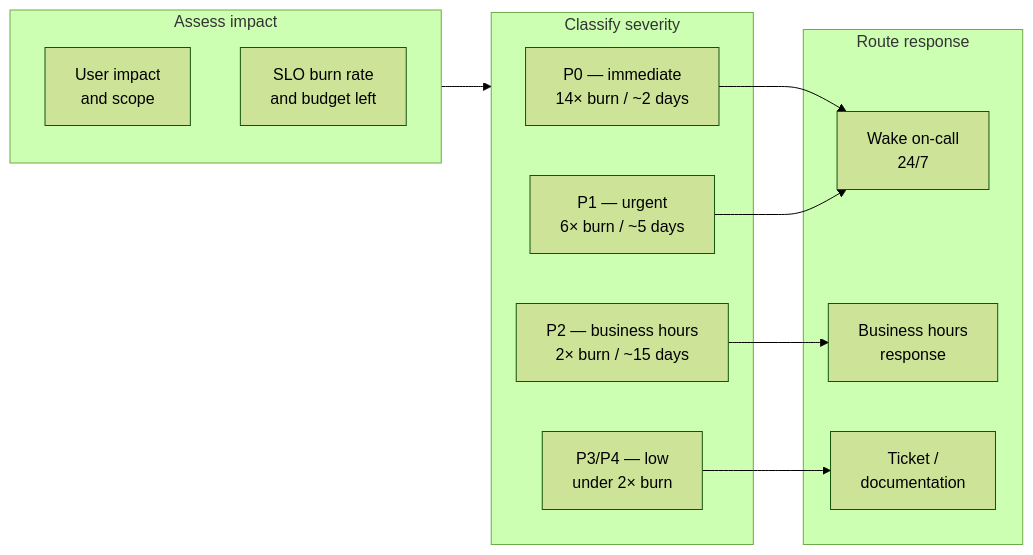
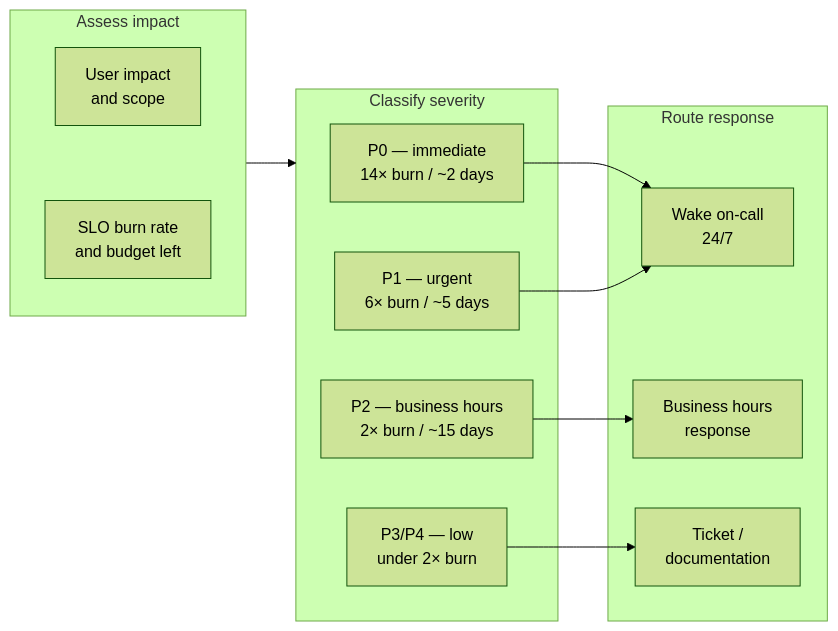
The diagram in content/guides/alert-severity-levels.md (radra23/scryops-site), drawn with Mermaid (forest theme) before and after one commit. The commit also changed 49 other files, not shown here.

First line of the commit message:
fix(diagrams): fit the 18 live Mermaid diagrams that panned under the 12/14 floor

```diff
--- a/content/guides/alert-severity-levels.md
+++ b/content/guides/alert-severity-levels.md
@@ -30,24 +30,24 @@
 {{< mermaid >}}
 flowchart LR
     subgraph assess["Assess impact"]
-        ui["User impact<br/>and scope"]
-        br["SLO burn rate<br/>and budget left"]
+        direction TB
+        ui["User impact<br/>and scope"] ~~~ br["SLO burn rate<br/>and budget left"]
     end
     subgraph classify["Classify severity"]
         p0["P0 — immediate<br/>14× burn / ~2 days"]
         p1["P1 — urgent<br/>6× burn / ~5 days"]
         p2["P2 — business hours<br/>2× burn / ~15 days"]
         p34["P3/P4 — low<br/>under 2× burn"]
     end
     subgraph route["Route response"]
         wake["Wake on-call<br/>24/7"]
         bh["Business hours<br/>response"]
         ticket["Ticket /<br/>documentation"]
     end
 
     assess --> classify
     p0 --> wake
     p1 --> wake
     p2 --> bh
     p34 --> ticket
 {{< /mermaid >}}
```
